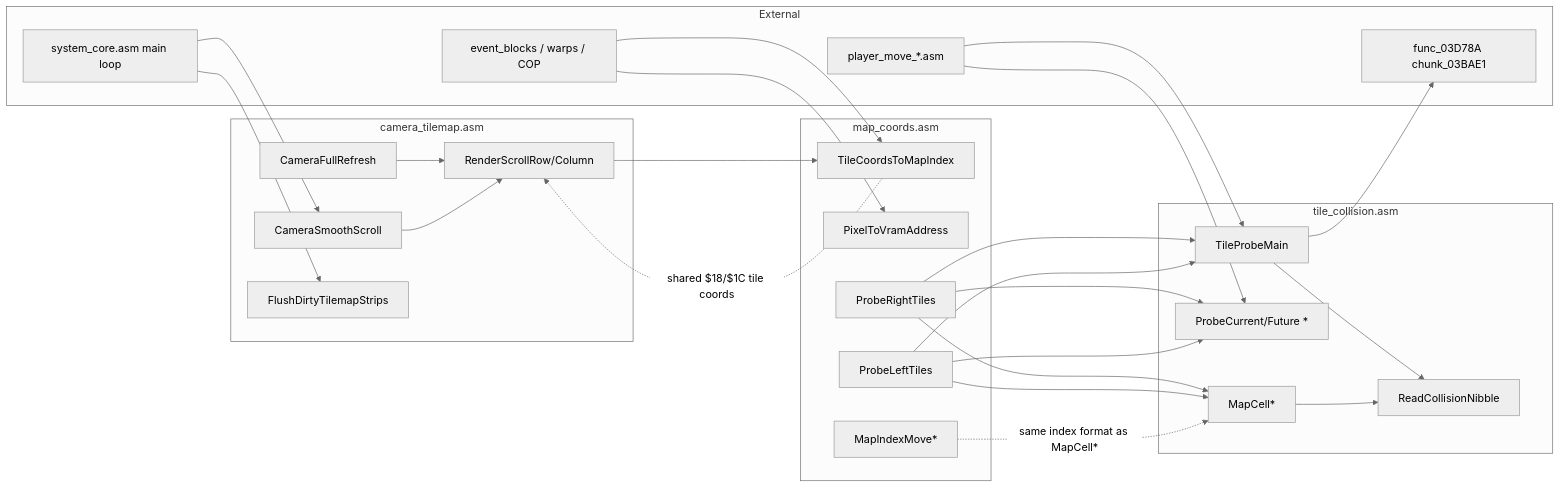
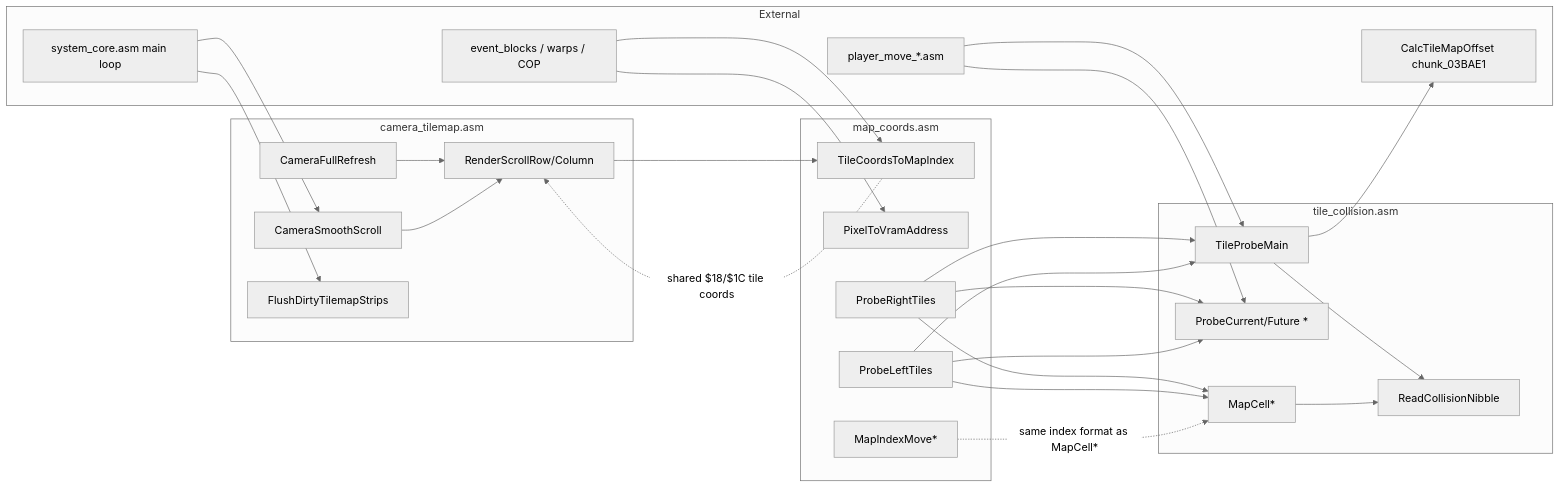
One commit to Azarem/gaia-iog-baserom changed the second of 2 diagrams in docs/code/bank02/camera-scrolling.md. Above: the diagram before and after it, drawn with Mermaid (neutral theme). The commit also changed other lines of this file and 35 other files, not shown here.

````diff
--- a/docs/code/bank02/camera-scrolling.md
+++ b/docs/code/bank02/camera-scrolling.md
@@ -567,56 +567,56 @@
 ```mermaid
 flowchart LR
     subgraph camera_tilemap["camera_tilemap.asm"]
         CFS[CameraFullRefresh]
         CSS[CameraSmoothScroll]
         RSR[RenderScrollRow/Column]
         FDT[FlushDirtyTilemapStrips]
     end
 
     subgraph map_coords["map_coords.asm"]
         TCI[TileCoordsToMapIndex]
         PVA[PixelToVramAddress]
         MIM[MapIndexMove*]
         PRT[ProbeRightTiles]
         PLT[ProbeLeftTiles]
     end
 
     subgraph tile_collision["tile_collision.asm"]
         TPM[TileProbeMain]
         RCN[ReadCollisionNibble]
         PCx[ProbeCurrent/Future *]
         MCx[MapCell*]
     end
 
     subgraph external["External"]
         SC[system_core.asm main loop]
-        VM[func_03D78A chunk_03BAE1]
+        VM[CalcTileMapOffset chunk_03BAE1]
         PM[player_move_*.asm]
         EV[event_blocks / warps / COP]
     end
 
     SC --> CSS
     SC --> FDT
     CFS --> RSR
     CSS --> RSR
     RSR --> TCI
 
     EV --> TCI
     EV --> PVA
 
     PM --> PCx
     PM --> TPM
     PRT --> PCx
     PRT --> TPM
     PRT --> MCx
     PLT --> PCx
     PLT --> TPM
     PLT --> MCx
 
     TPM --> VM
     TPM --> RCN
     MCx --> RCN
 
     TCI -.->|"shared $18/$1C tile coords"| RSR
     MIM -.->|"same index format as MapCell*"| MCx
 ```
````
